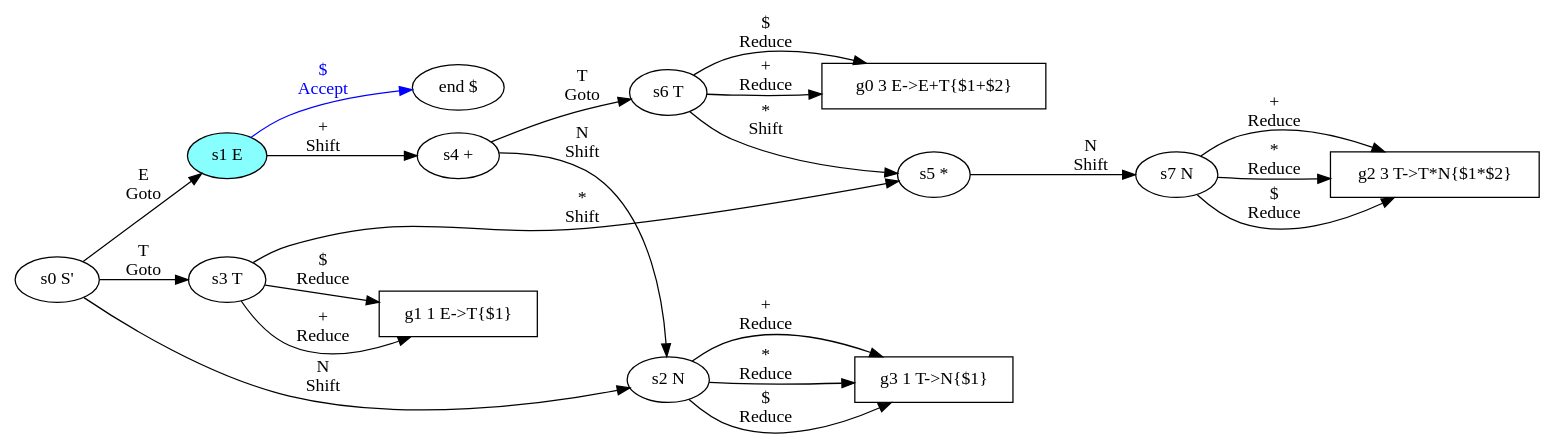
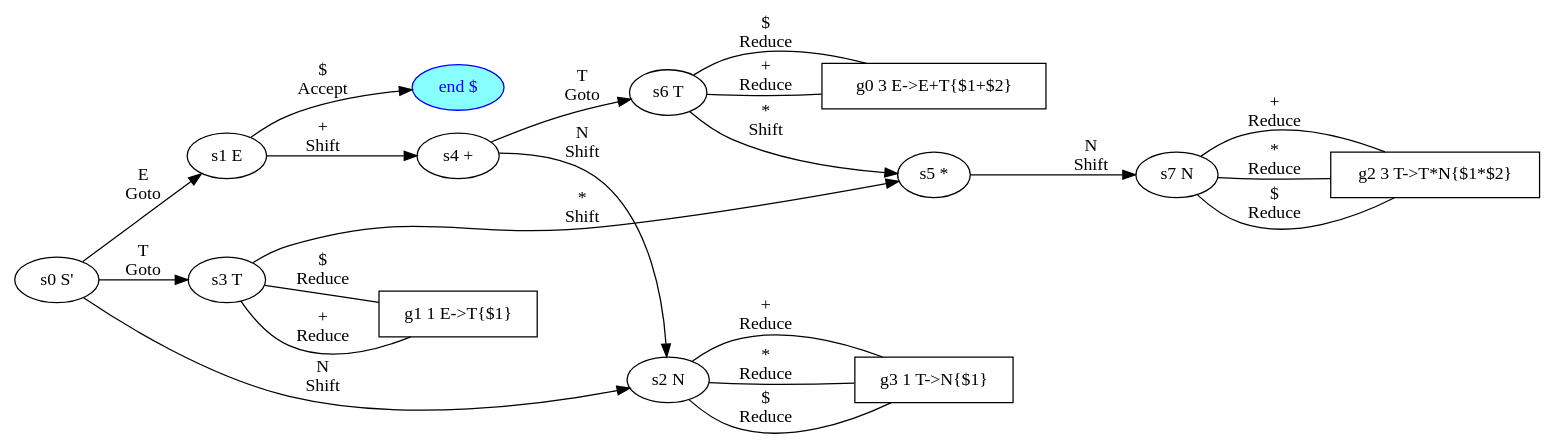
Before and after one commit to hsk/lr-parser-ocaml: the diagram in documents/a.dot, drawn with Graphviz. The commit also changed 45 other files, not shown here.

```diff
--- a/documents/a.dot
+++ b/documents/a.dot
@@ -1,55 +1,55 @@
 digraph G{graph [rankdir=LR];
 g0[label="g0 3 E->E+T{$1+$2}" shape=box];
 g1[label="g1 1 E->T{$1}" shape=box];
 g2[label="g2 3 T->T*N{$1*$2}" shape=box];
 g3[label="g3 1 T->N{$1}" shape=box];
 s0[label="s0 S'"];
-s1[label="s1 E",fillcolor="#88ffff", style=filled];
+s1[label="s1 E"];
 s2[label="s2 N"];
 s3[label="s3 T"];
 s4[label="s4 +"];
 s5[label="s5 *"];
 s6[label="s6 T"];
 s7[label="s7 N"];
-end[label="end $"];
+end[label="end $",fontcolor=blue,color=blue,fillcolor="#88ffff", style=filled];
 s0->s2[label="N
 Shift"];
 s0->s1[label="E
 Goto"];
 s0->s3[label="T
 Goto"];
 s1->s4[label="+
 Shift"];
 s1->end[label="$
-Accept",color=blue,fontcolor=blue];
+Accept"];
 s2->g3[label="+
-Reduce"];
+Reduce",dir=none];
 s2->g3[label="*
-Reduce"];
+Reduce",dir=none];
 s2->g3[label="$
-Reduce"];
+Reduce",dir=none];
 s3->g1[label="+
-Reduce"];
+Reduce",dir=none];
 s3->s5[label="*
 Shift"];
 s3->g1[label="$
-Reduce"];
+Reduce",dir=none];
 s4->s2[label="N
 Shift"];
 s4->s6[label="T
 Goto"];
 s5->s7[label="N
 Shift"];
 s6->g0[label="+
-Reduce"];
+Reduce",dir=none];
 s6->s5[label="*
 Shift"];
 s6->g0[label="$
-Reduce"];
+Reduce",dir=none];
 s7->g2[label="+
-Reduce"];
+Reduce",dir=none];
 s7->g2[label="*
-Reduce"];
+Reduce",dir=none];
 s7->g2[label="$
-Reduce"];
+Reduce",dir=none];
 }
```
